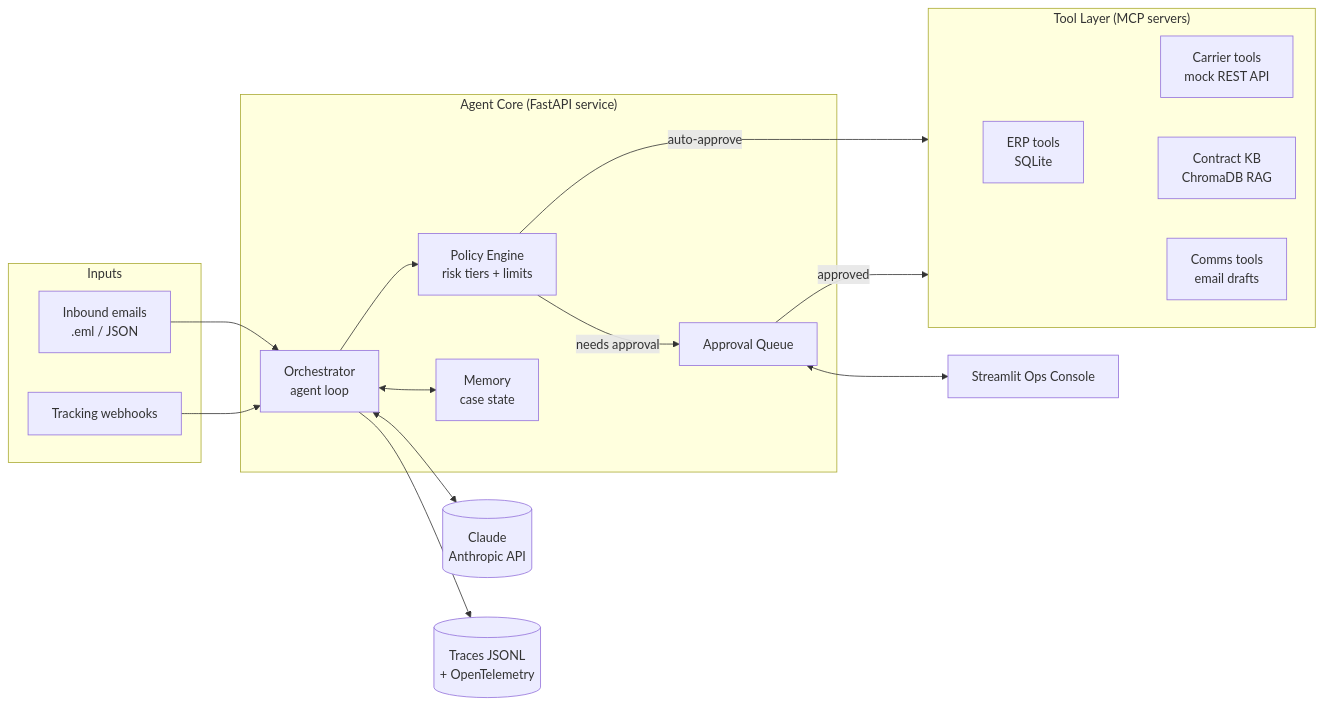
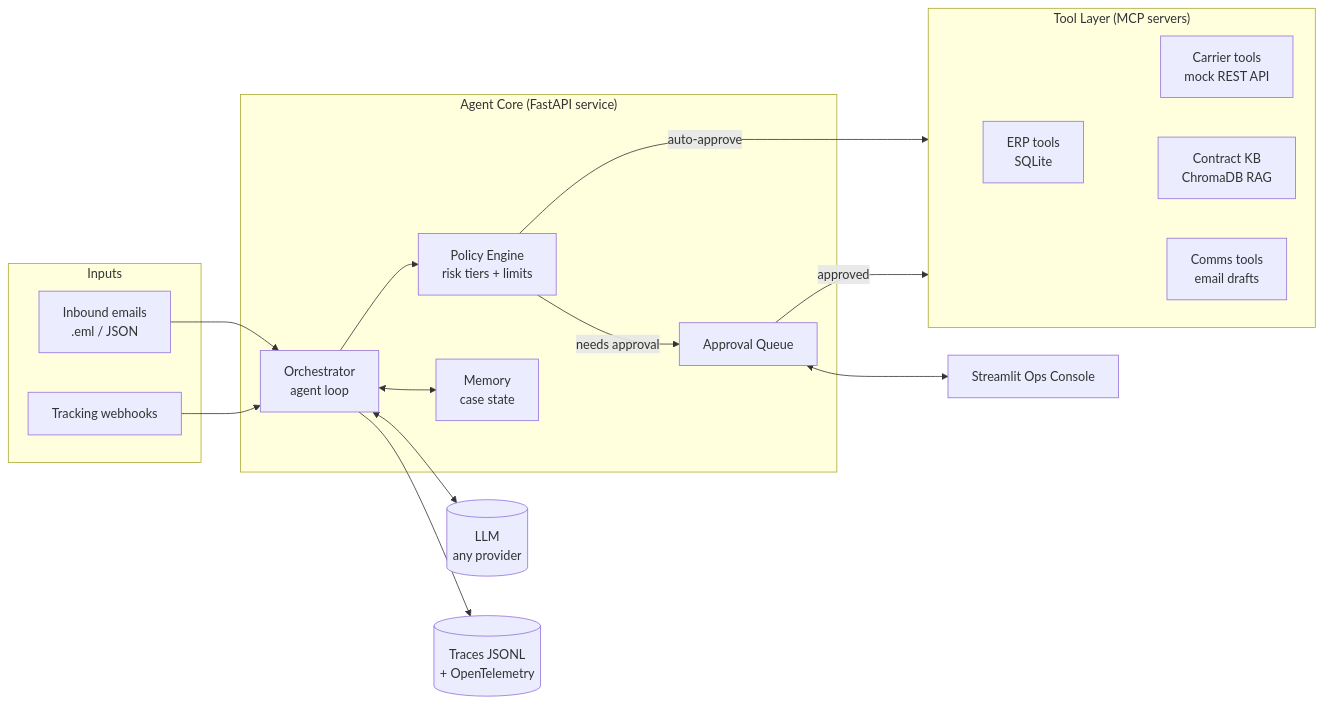
The first of 2 diagrams in README.md (vieer-dwivedi/AI), drawn with Mermaid before and after one commit. The commit also changed other lines of this file and 75 other files, not shown here.

````diff
--- a/README.md
+++ b/README.md
@@ -116,37 +116,37 @@
 ```mermaid
 flowchart LR
     subgraph Inputs
         E[Inbound emails<br/>.eml / JSON]
         T[Tracking webhooks]
     end
 
     subgraph Core["Agent Core (FastAPI service)"]
         O[Orchestrator<br/>agent loop]
         P[Policy Engine<br/>risk tiers + limits]
         M[Memory<br/>case state]
         Q[Approval Queue]
     end
 
     subgraph Tools["Tool Layer (MCP servers)"]
         ERP[ERP tools<br/>SQLite]
         CAR[Carrier tools<br/>mock REST API]
         KB[Contract KB<br/>ChromaDB RAG]
         COM[Comms tools<br/>email drafts]
     end
 
-    LLM[(Claude<br/>Anthropic API)]
+    LLM[(LLM<br/>any provider)]
     UI[Streamlit Ops Console]
     OBS[(Traces JSONL<br/>+ OpenTelemetry)]
 
     E --> O
     T --> O
     O <--> LLM
     O --> P
     P -->|auto-approve| Tools
     P -->|needs approval| Q
     Q <--> UI
     Q -->|approved| Tools
     O <--> M
     Tools --- ERP & CAR & KB & COM
     O --> OBS
 ```
````
